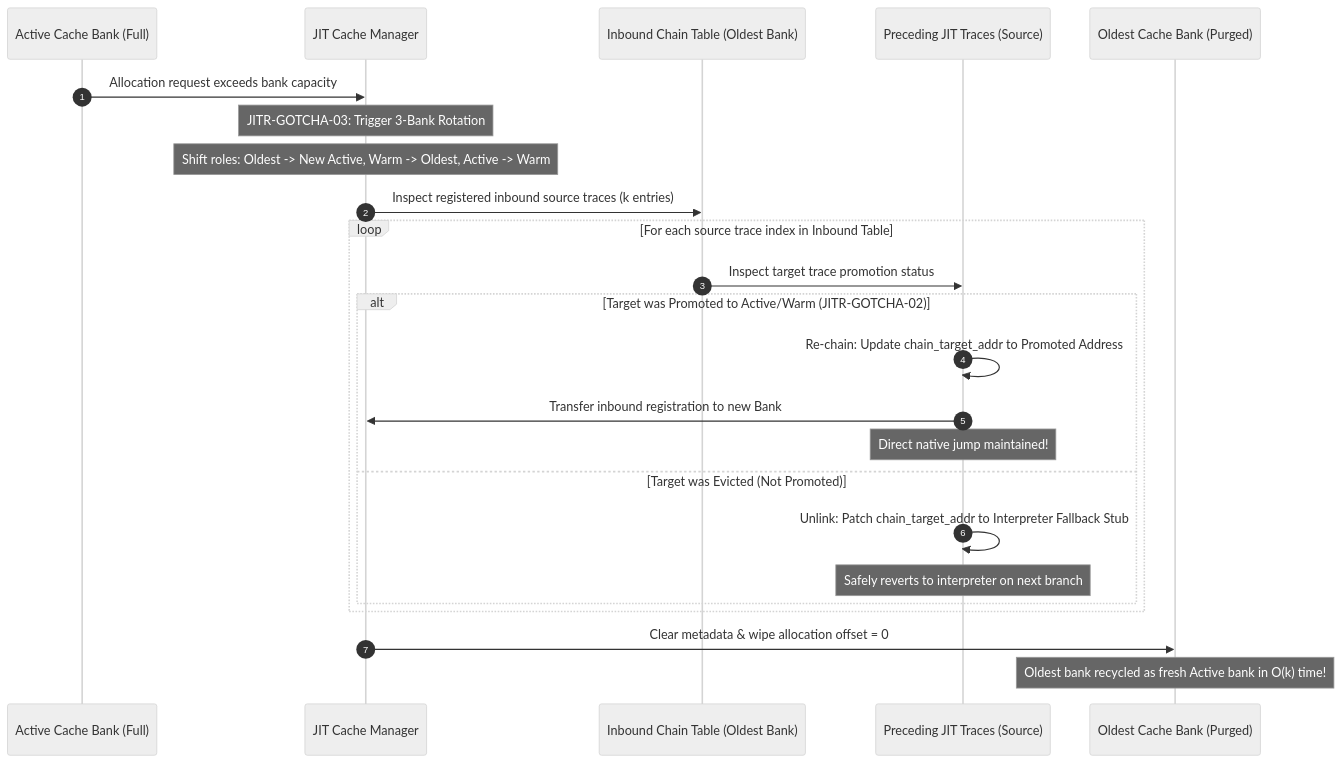
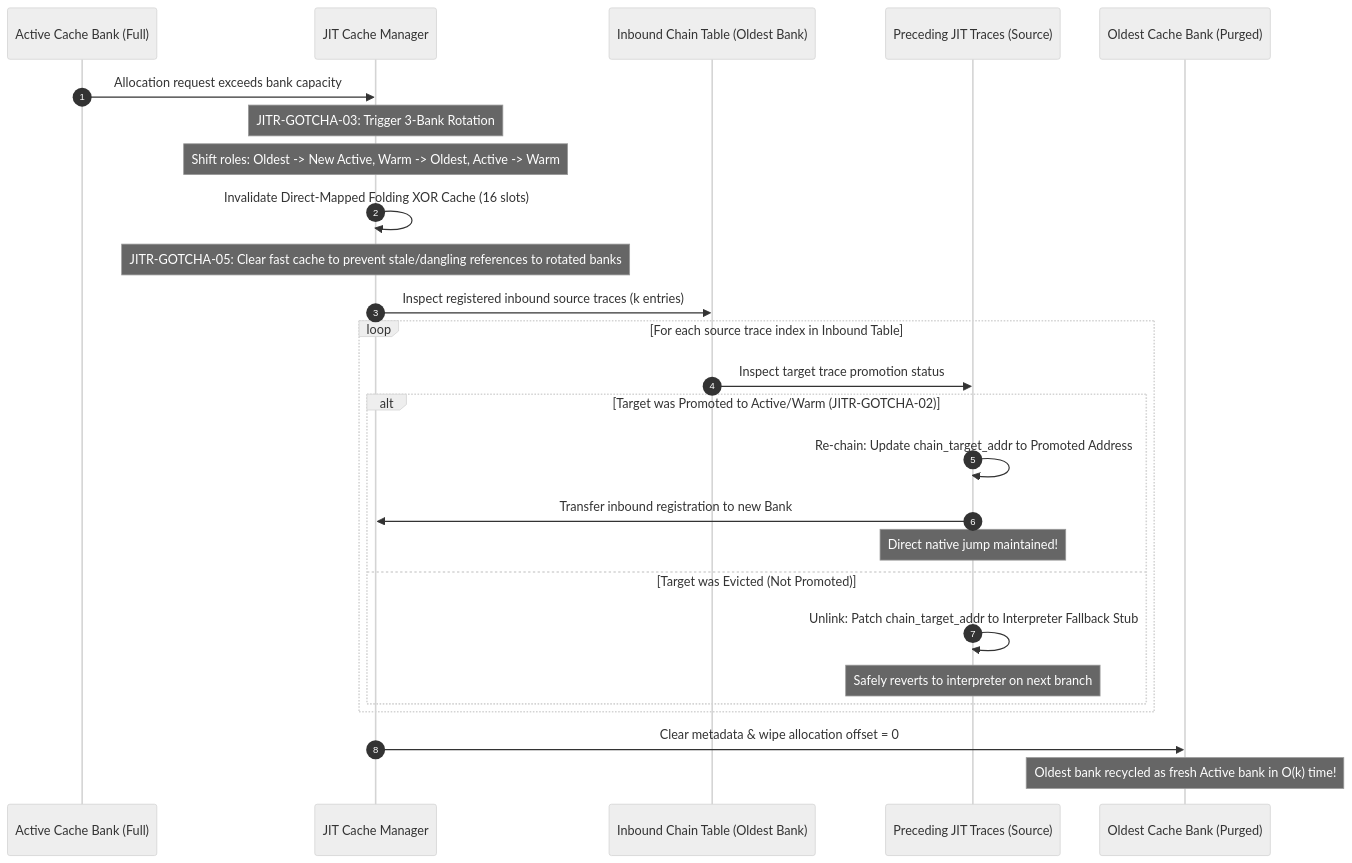
Before and after one commit to kmt-t/fireball: the third of 5 diagrams in docs/components/tier3_jit/jit_runtime.md, drawn with Mermaid (neutral theme). The commit also changed other lines of this file and 18 other files, not shown here.

Commit message:
docs: harmonize component diagrams, state transitions, and symlinks across specifications

````diff
--- a/docs/components/tier3_jit/jit_runtime.md
+++ b/docs/components/tier3_jit/jit_runtime.md
@@ -113,29 +115,32 @@
 ```mermaid
 sequenceDiagram
     autonumber
     participant Active as Active Cache Bank (Full)
     participant Mgr as JIT Cache Manager
     participant Inbound as Inbound Chain Table (Oldest Bank)
     participant Source as Preceding JIT Traces (Source)
     participant Oldest as Oldest Cache Bank (Purged)
 
     Active->>Mgr: Allocation request exceeds bank capacity
     Note over Mgr: JITR-GOTCHA-03: Trigger 3-Bank Rotation
     Note over Mgr: Shift roles: Oldest -> New Active, Warm -> Oldest, Active -> Warm
+
+    Mgr->>Mgr: Invalidate Direct-Mapped Folding XOR Cache (16 slots)
+    Note over Mgr: JITR-GOTCHA-05: Clear fast cache to prevent stale/dangling references to rotated banks
 
     Mgr->>Inbound: Inspect registered inbound source traces (k entries)
     loop For each source trace index in Inbound Table
         Inbound->>Source: Inspect target trace promotion status
         alt Target was Promoted to Active/Warm (JITR-GOTCHA-02)
             Source->>Source: Re-chain: Update chain_target_addr to Promoted Address
             Source->>Mgr: Transfer inbound registration to new Bank
             Note over Source: Direct native jump maintained!
         else Target was Evicted (Not Promoted)
             Source->>Source: Unlink: Patch chain_target_addr to Interpreter Fallback Stub
             Note over Source: Safely reverts to interpreter on next branch
         end
     end
 
     Mgr->>Oldest: Clear metadata & wipe allocation offset = 0
     Note over Oldest: Oldest bank recycled as fresh Active bank in O(k) time!
 ```
````
